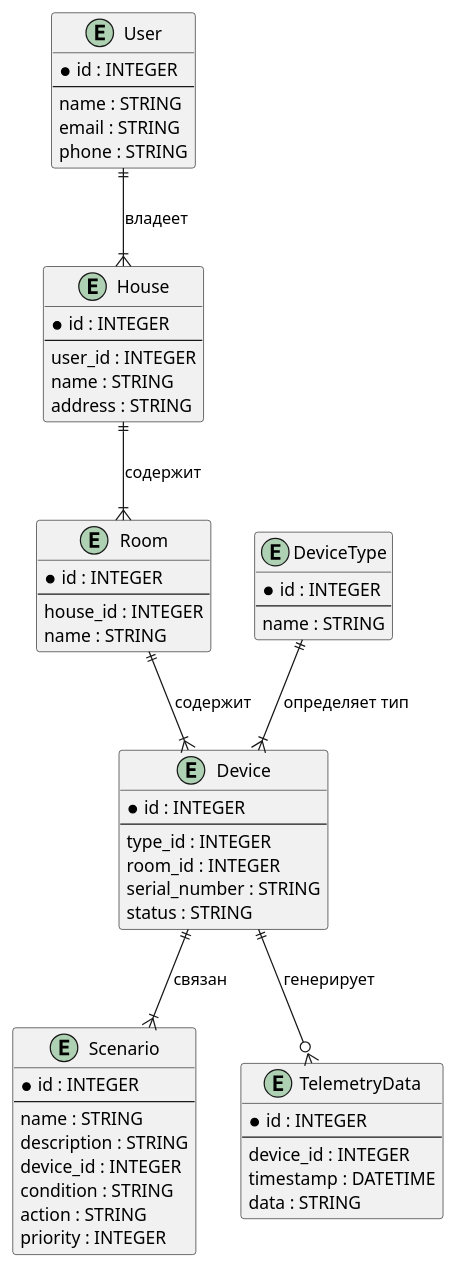
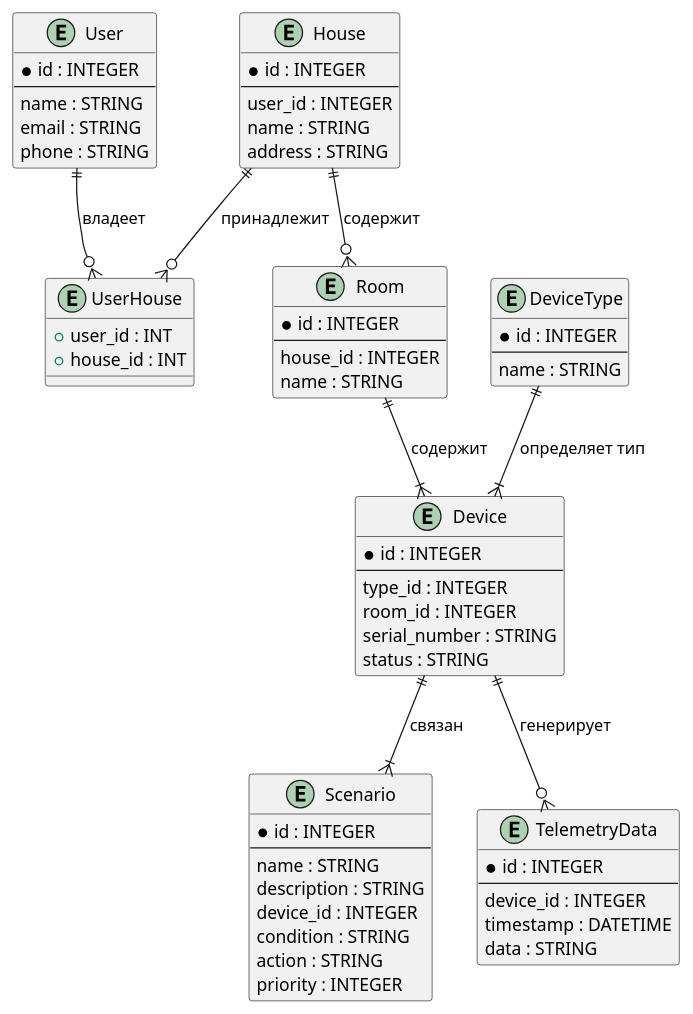
One commit to moskalevms/architecture-sprint-3 changed the diagram in docs/tobe/er/er.puml. Above: the diagram before and after it, drawn with PlantUML. The commit also changed 2 other files, not shown here.

```diff
--- a/docs/tobe/er/er.puml
+++ b/docs/tobe/er/er.puml
@@ -1,67 +1,73 @@
 @startuml
 
 entity User {
     *id : INTEGER
     --
     name : STRING
     email : STRING
     phone : STRING
 }
 
 entity House {
     *id : INTEGER
     --
     user_id : INTEGER
     name : STRING
     address : STRING
+}
+
+entity "UserHouse" {
+  +user_id : INT
+  +house_id : INT
 }
 
 entity Room {
     *id : INTEGER
     --
     house_id : INTEGER
     name : STRING
 }
 
 entity Device {
     *id : INTEGER
     --
     type_id : INTEGER
     room_id : INTEGER
     serial_number : STRING
     status : STRING
 }
 
 entity DeviceType {
     *id : INTEGER
     --
     name : STRING
 }
 
 entity Scenario {
     *id : INTEGER
     --
     name : STRING
     description : STRING
     device_id : INTEGER
     condition : STRING
     action : STRING
     priority : INTEGER
 }
 
 entity TelemetryData {
     *id : INTEGER
     --
     device_id : INTEGER
     timestamp : DATETIME
     data : STRING
 }
 
-User ||--|{ House : "владеет"
-House ||--|{ Room : "содержит"
+User ||--o{ UserHouse : "владеет"
+House ||--o{ UserHouse : "принадлежит"
+House ||--o{ Room : "содержит"
 Room ||--|{ Device : "содержит"
 Device ||--o{ TelemetryData : "генерирует"
 Device ||--|{ Scenario : "связан"
 DeviceType ||--|{ Device : "определяет тип"
 
 @enduml
```
